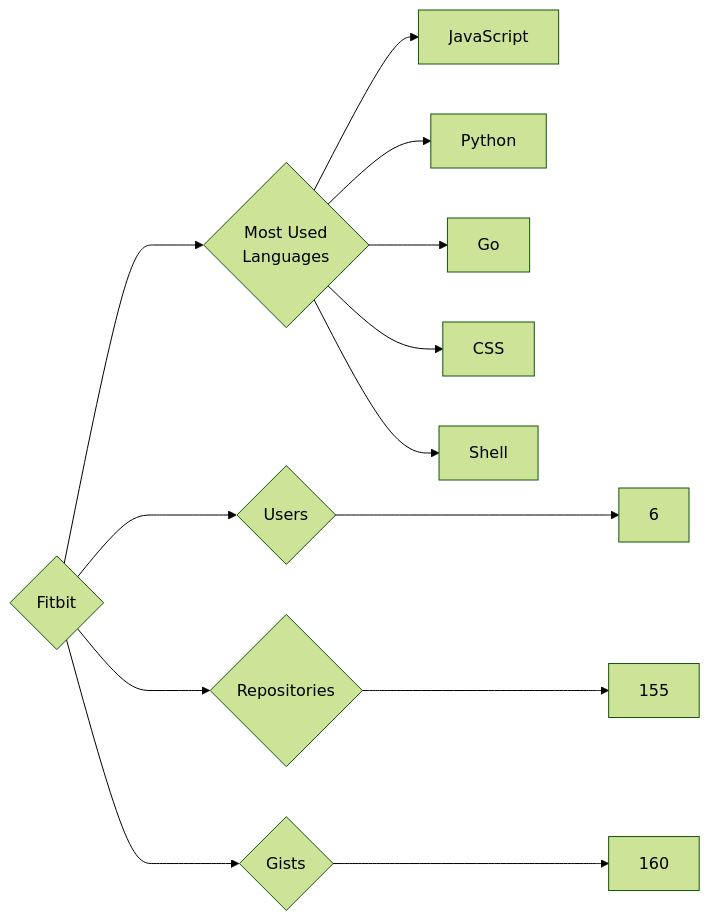
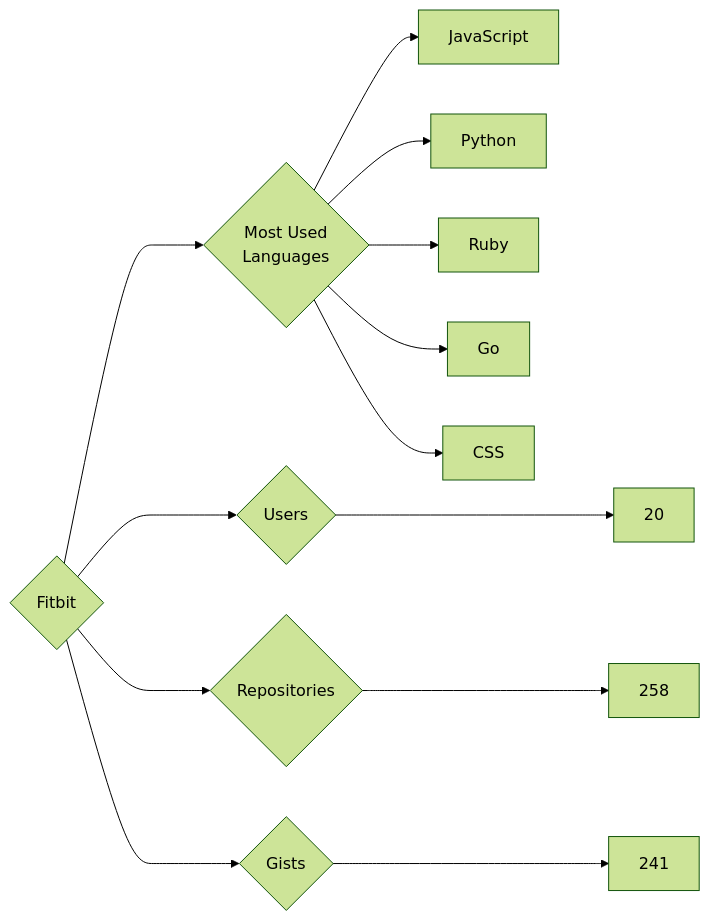
The diagram in targets/Fitbit/README.md (trickest/insiders), drawn with Mermaid (forest theme) before and after one commit. The commit also changed 657 other files, not shown here.

````diff
--- a/targets/Fitbit/README.md
+++ b/targets/Fitbit/README.md
@@ -3,13 +3,13 @@
 ```mermaid
 graph LR
 COMPANY_NAME{Fitbit}
-COMPANY_NAME ---> U{Users} ---> UN[6]
-COMPANY_NAME ---> R{Repositories} ---> RN[155]
-COMPANY_NAME ---> G{Gists} ---> GN[160]
+COMPANY_NAME ---> U{Users} ---> UN[20]
+COMPANY_NAME ---> R{Repositories} ---> RN[258]
+COMPANY_NAME ---> G{Gists} ---> GN[241]
 COMPANY_NAME ---> ML{Most Used<br>Languages}
 ML --> JavaScript[JavaScript]
 ML --> Python[Python]
+ML --> Ruby[Ruby]
 ML --> Go[Go]
 ML --> CSS[CSS]
-ML --> Shell[Shell]
 ```
````
